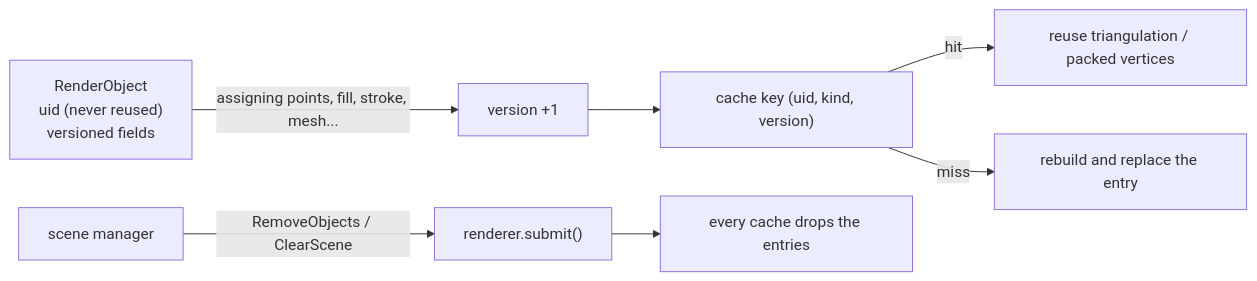
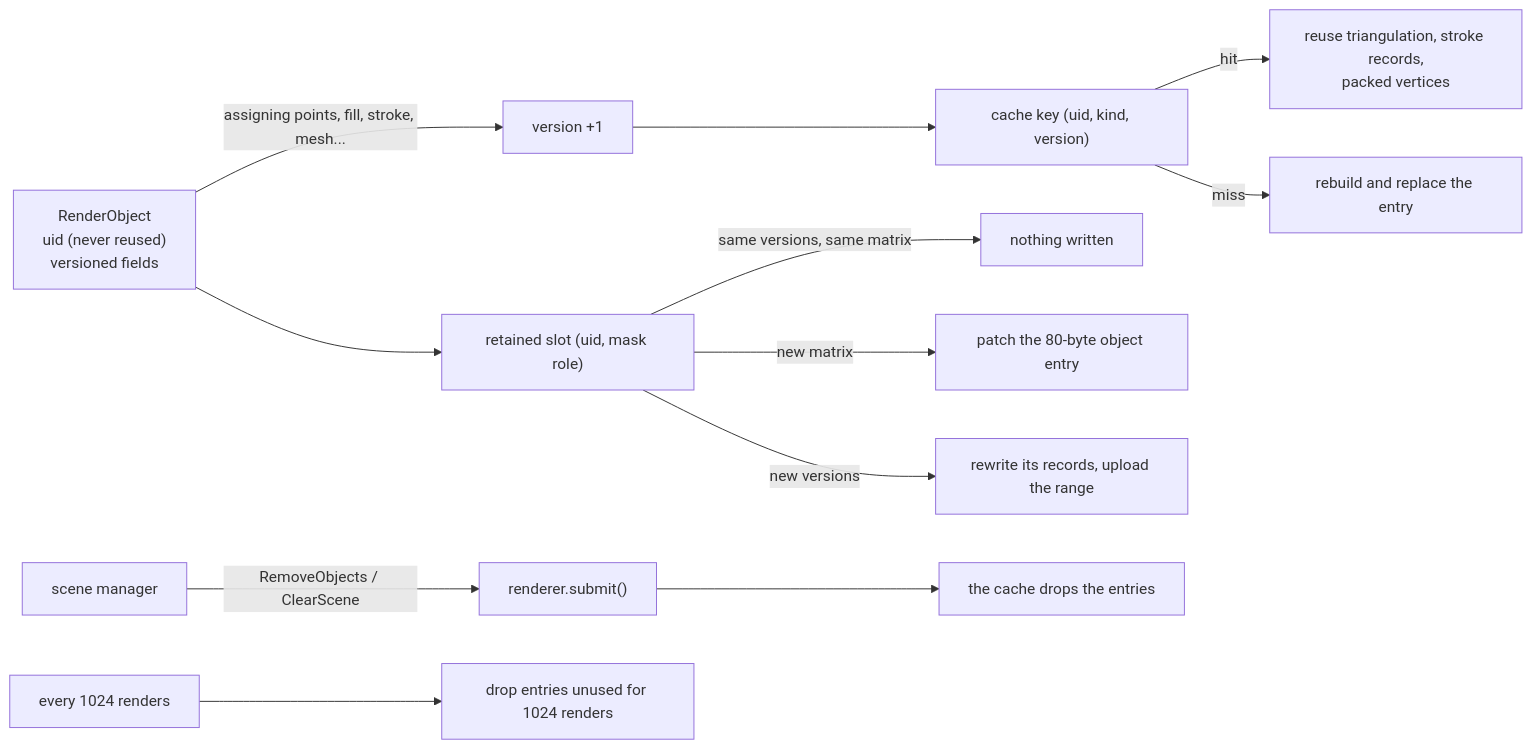
The sixth of 6 diagrams in manimx/manimx/renderer/README.md (MrDiver/manim), drawn with Mermaid before and after one commit. The commit also changed other lines of this file and 1 other file, not shown here.

First line of the commit message:
manimx: document the architecture, lifetimes and design decisions

````diff
--- a/manimx/manimx/renderer/README.md
+++ b/manimx/manimx/renderer/README.md
@@ -306,8 +309,13 @@
 ```mermaid
 flowchart LR
     Obj["RenderObject<br/>uid (never reused)<br/>versioned fields"] -->|"assigning points, fill, stroke, mesh..."| V["version +1"]
     V --> Key["cache key (uid, kind, version)"]
-    Key -->|hit| Reuse["reuse triangulation / packed vertices"]
+    Key -->|hit| Reuse["reuse triangulation, stroke records,<br/>packed vertices"]
     Key -->|miss| Build["rebuild and replace the entry"]
-    Mgr["scene manager"] -->|"RemoveObjects / ClearScene"| R["renderer.submit()"] --> C["every cache drops the entries"]
+    Obj --> Slot["retained slot (uid, mask role)"]
+    Slot -->|"same versions, same matrix"| Nothing["nothing written"]
+    Slot -->|"new matrix"| Patch["patch the 80-byte object entry"]
+    Slot -->|"new versions"| Repack["rewrite its records, upload the range"]
+    Mgr["scene manager"] -->|"RemoveObjects / ClearScene"| R["renderer.submit()"] --> C["the cache drops the entries"]
+    Gen["every 1024 renders"] --> Sweep["drop entries unused for 1024 renders"]
 ```
````
